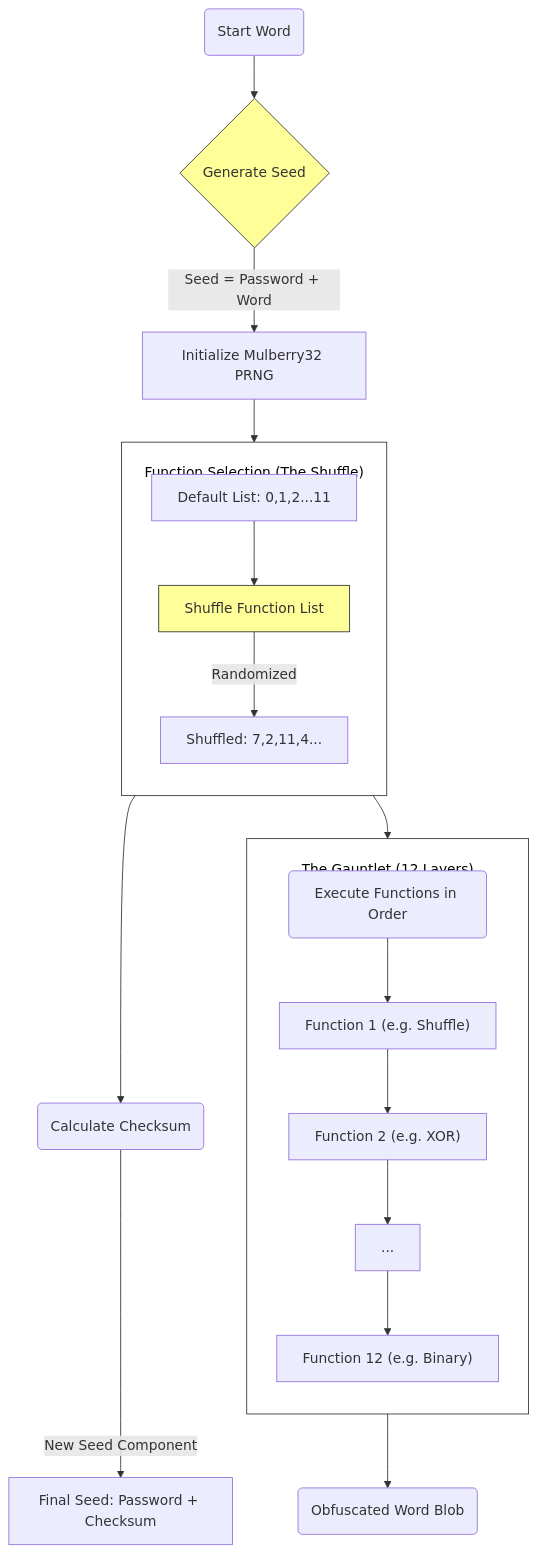
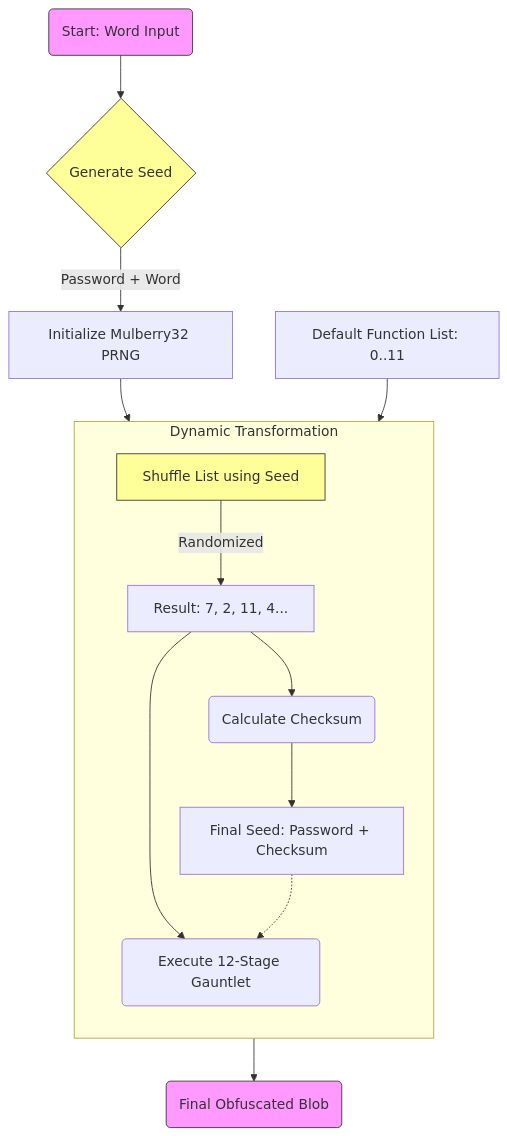
The second of 6 diagrams in DARKSTAR_ARCHITECTURE.md (Kryklin/darkstar), drawn with Mermaid before and after one commit. The commit also changed other lines of this file, not shown here.

````diff
--- a/DARKSTAR_ARCHITECTURE.md
+++ b/DARKSTAR_ARCHITECTURE.md
@@ -57,42 +57,49 @@
 ```mermaid
 flowchart TD
-    Start(Start Word) --> SeedGen{Generate Seed}
-    SeedGen -->|Seed = Password + Word| PRNG[Initialize Mulberry32 PRNG]
+    %% Nodes
+    Start(Start: Word Input)
+    SeedGen{Generate Seed}
+    PRNG[Initialize Mulberry32 PRNG]
     
-    PRNG --> ShuffleStep
+    DefaultList[Default Function List: 0..11]
+    Shuffle[Shuffle List using Seed]
+    ShuffledList[Result: 7, 2, 11, 4...]
     
-    subgraph Selection ["Function Selection (The Shuffle)"]
+    Checksum(Calculate Checksum)
+    FinalSeed[Final Seed: Password + Checksum]
+    
+    Execute(Execute 12-Stage Gauntlet)
+    Result(Final Obfuscated Blob)
+
+    %% Connections
+    Start --> SeedGen
+    SeedGen -->|Password + Word| PRNG
+    
+    PRNG --> Shuffle
+    DefaultList --> Shuffle
+    Shuffle -->|Randomized| ShuffledList
+    
+    ShuffledList --> Checksum
+    ShuffledList --> Execute
+    
+    Checksum --> FinalSeed
+    FinalSeed -.-> Execute
+    
+    Execute --> Result
+
+    %% Subgraph for grouping (simplified)
+    subgraph Processing [Dynamic Transformation]
         direction TB
-        
-        %% Placing 'DefaultList' first to sit under the title
-        DefaultList[Default List: 0,1,2...11]
-        ShuffleStep[Shuffle Function List]
-        ShuffledList[Shuffled: 7,2,11,4...]
-        
-        DefaultList --> ShuffleStep
-        ShuffleStep -->|Randomized| ShuffledList
+        Shuffle
+        ShuffledList
+        Checksum
+        FinalSeed
+        Execute
     end
-    
-    ShuffledList --> Checksum(Calculate Checksum)
-    Checksum -->|New Seed Component| CombinedSeed[Final Seed: Password + Checksum]
-    
-    ShuffledList --> Loop(Execute Functions in Order)
-    
-    subgraph Gauntlet ["The Gauntlet (12 Layers)"]
-        direction TB
-        
-        Loop --> F1["Function 1 (e.g. Shuffle)"]
-        F1 --> F2["Function 2 (e.g. XOR)"]
-        F2 --> FN["..."]
-        FN --> F12["Function 12 (e.g. Binary)"]
-    end
-    
-    F12 --> Result(Obfuscated Word Blob)
-    
+
+    %% Styling
+    style Start fill:#f9f,stroke:#333
     style SeedGen fill:#ff9,stroke:#333
-    style ShuffleStep fill:#ff9,stroke:#333
-
-    %% Styling for spacing and readability
-    classDef spaced fill:#fff,stroke:#333,color:#000,padding:20px;
-    class Selection,Gauntlet spaced;
+    style Result fill:#f9f,stroke:#333
+    style Shuffle fill:#ff9,stroke:#333
 ```
````
